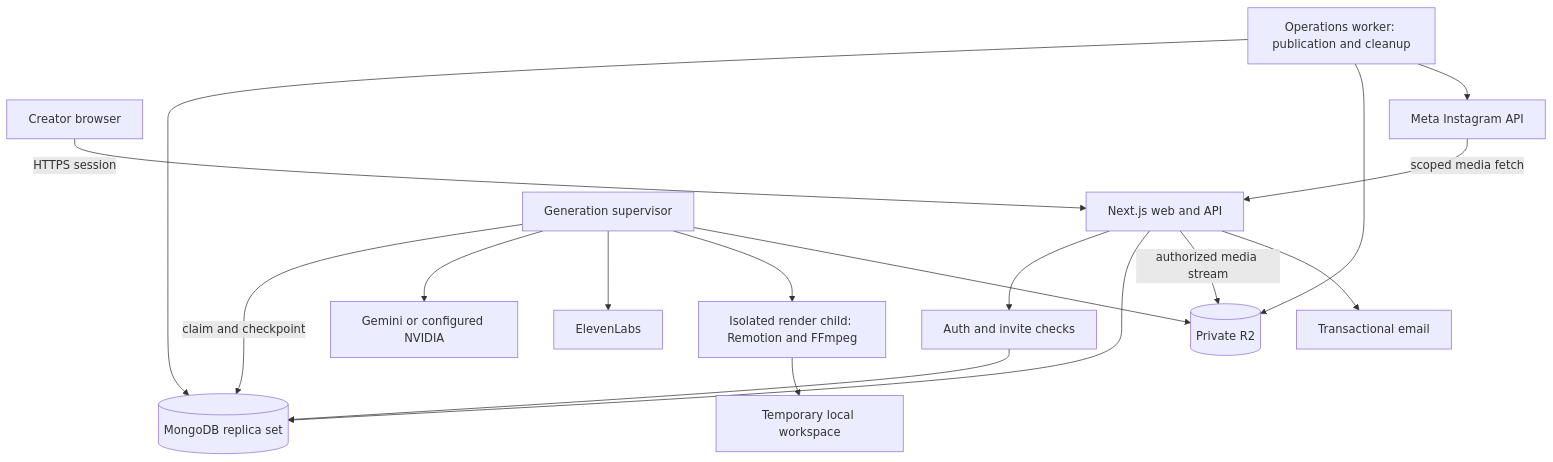
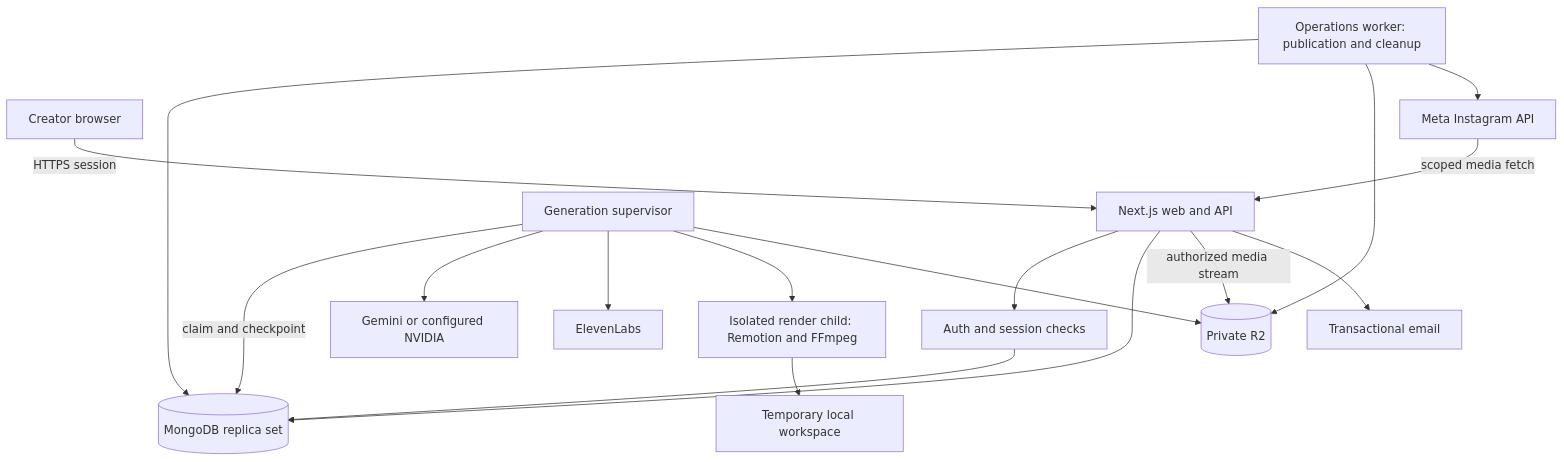
One commit to balajiraparti/ChitraBodh---AI-powered-Video-Generator changed the first of 3 diagrams in docs/ChitraBodh-Dashboard-System-Design.md. Above: the diagram before and after it, drawn with Mermaid. The commit also changed other lines of this file and 21 other files, not shown here.

````diff
--- a/docs/ChitraBodh-Dashboard-System-Design.md
+++ b/docs/ChitraBodh-Dashboard-System-Design.md
@@ -68,19 +68,19 @@
 ```mermaid
 flowchart TB
     B[Creator browser] -->|HTTPS session| W[Next.js web and API]
-    W --> A[Auth and invite checks]
+    W --> A[Auth and session checks]
     A --> DB[(MongoDB replica set)]
     W --> DB
     W -->|authorized media stream| R2[(Private R2)]
     G[Generation supervisor] -->|claim and checkpoint| DB
     G --> P[Gemini or configured NVIDIA]
     G --> E[ElevenLabs]
     G --> C[Isolated render child: Remotion and FFmpeg]
     C --> T[Temporary local workspace]
     G --> R2
     O[Operations worker: publication and cleanup] --> DB
     O --> R2
     O --> M[Meta Instagram API]
     M -->|scoped media fetch| W
     W --> EM[Transactional email]
 ```
````
